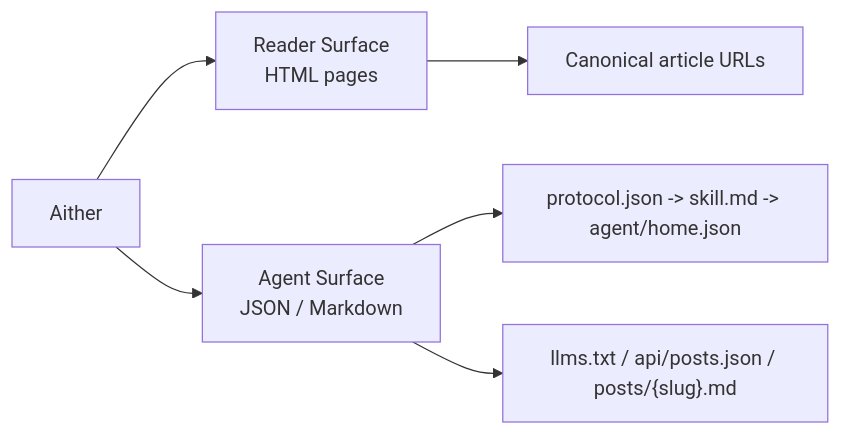
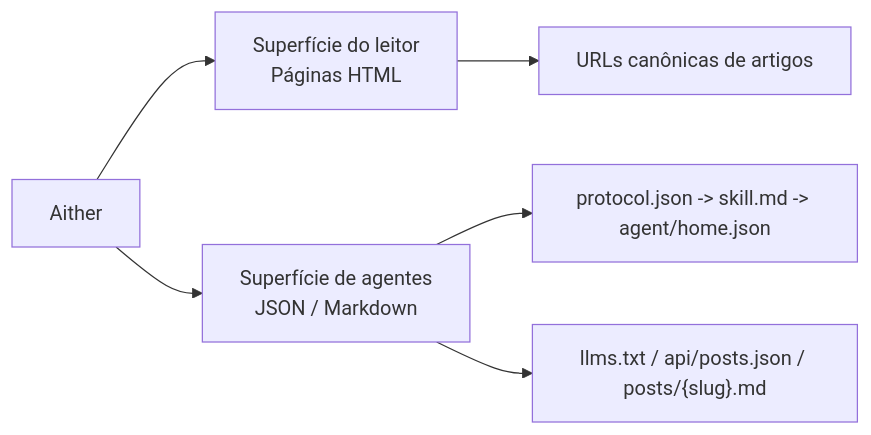
Before and after one commit to jacksonhuangfly/astro-theme-aither: the diagram in README_PT-BR.md, drawn with Mermaid. The commit also changed other lines of this file and 63 other files, not shown here.

````diff
--- a/README_PT-BR.md
+++ b/README_PT-BR.md
@@ -26,8 +26,8 @@
 ```mermaid
 flowchart LR
-  A["Aither"] --> B["Reader Surface<br/>HTML pages"]
-  A --> C["Agent Surface<br/>JSON / Markdown"]
-  B --> D["Canonical article URLs"]
+  A["Aither"] --> B["Superfície do leitor<br/>Páginas HTML"]
+  A --> C["Superfície de agentes<br/>JSON / Markdown"]
+  B --> D["URLs canônicas de artigos"]
   C --> E["protocol.json -> skill.md -> agent/home.json"]
   C --> F["llms.txt / api/posts.json / posts/{slug}.md"]
 ```
````
